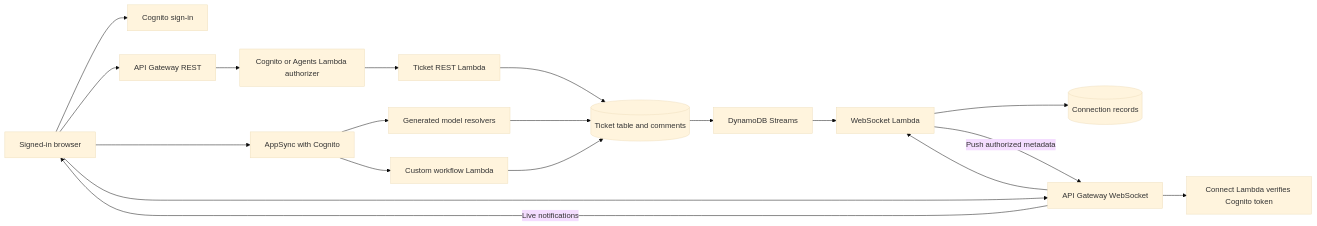
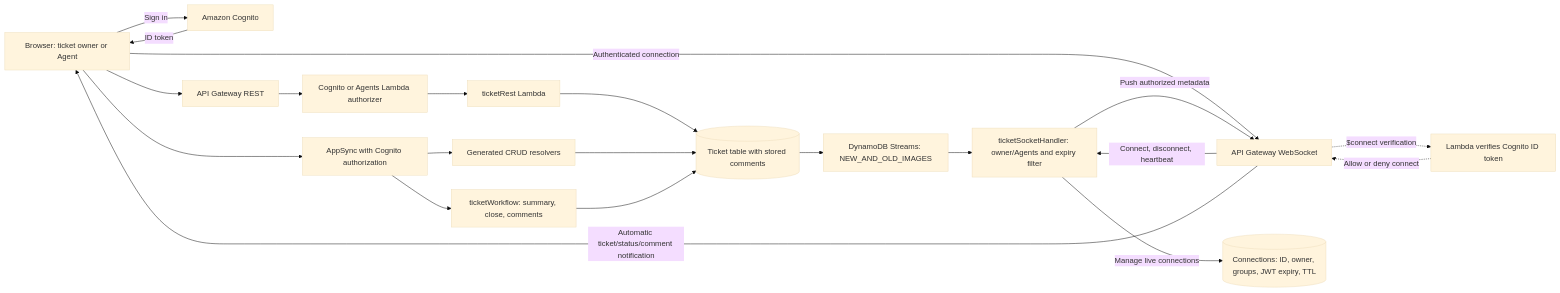
Before and after one commit to gowthammail4macair/amplify-gen1-fullstack: the diagram in docs/API-CONTRACT.md, drawn with Mermaid (base theme). The commit also changed other lines of this file and 11 other files, not shown here.

Commit message:
docs: illustrate WebSocket push architecture and notification sequence [skip ci]

````diff
--- a/docs/API-CONTRACT.md
+++ b/docs/API-CONTRACT.md
@@ -11,21 +15,23 @@
 ```mermaid
 flowchart LR
-  U["Signed-in browser"] --> C["Cognito sign-in"]
+  U["Browser: ticket owner or Agent"] -->|"Sign in"| C["Amazon Cognito"]
+  C -->|"ID token"| U
   U --> R["API Gateway REST"]
   R --> RA["Cognito or Agents Lambda authorizer"]
-  RA --> RL["Ticket REST Lambda"]
-  U --> G["AppSync with Cognito"]
-  G --> D["Generated model resolvers"]
-  G --> W["Custom workflow Lambda"]
-  RL --> T[("Ticket table and comments")]
+  RA --> RL["ticketRest Lambda"]
+  U --> G["AppSync with Cognito authorization"]
+  G --> D["Generated CRUD resolvers"]
+  G --> W["ticketWorkflow: summary, close, comments"]
+  RL --> T[("Ticket table with stored comments")]
   D --> T
   W --> T
-  T --> E["DynamoDB Streams"]
-  E --> L["WebSocket Lambda"]
-  U --> S["API Gateway WebSocket"]
-  S --> A["Connect Lambda verifies Cognito token"]
-  S --> L
-  L --> K[("Connection records")]
+  T --> E["DynamoDB Streams: NEW_AND_OLD_IMAGES"]
+  E --> L["ticketSocketHandler: owner/Agents and expiry filter"]
+  U -->|"Authenticated connection"| S["API Gateway WebSocket"]
+  S -.->|"$connect verification"| A["Lambda verifies Cognito ID token"]
+  A -.->|"Allow or deny connect"| S
+  S -->|"Connect, disconnect, heartbeat"| L
+  L -->|"Manage live connections"| K[("Connections: ID, owner, groups, JWT expiry, TTL")]
   L -->|"Push authorized metadata"| S
-  S -->|"Live notifications"| U
+  S -->|"Automatic ticket/status/comment notification"| U
 ```
````
